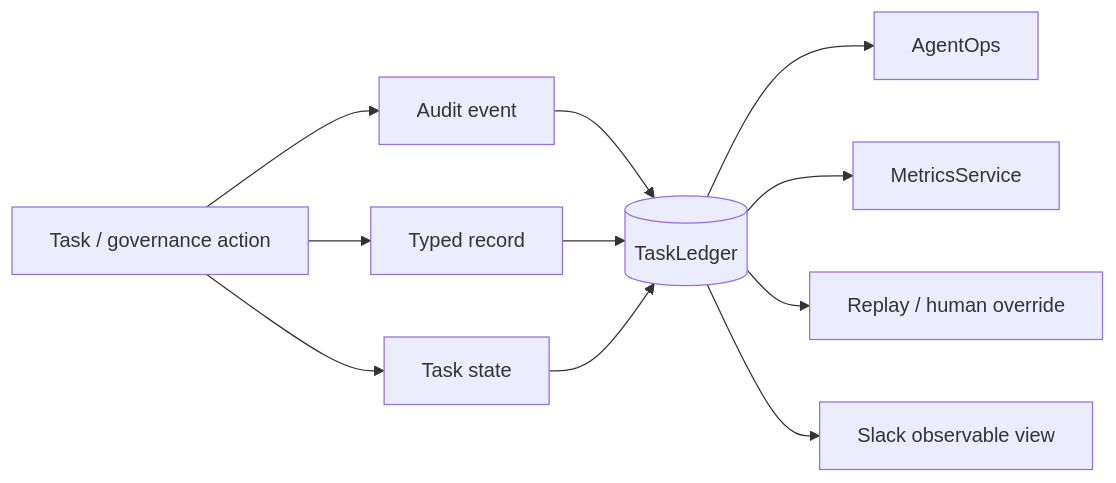
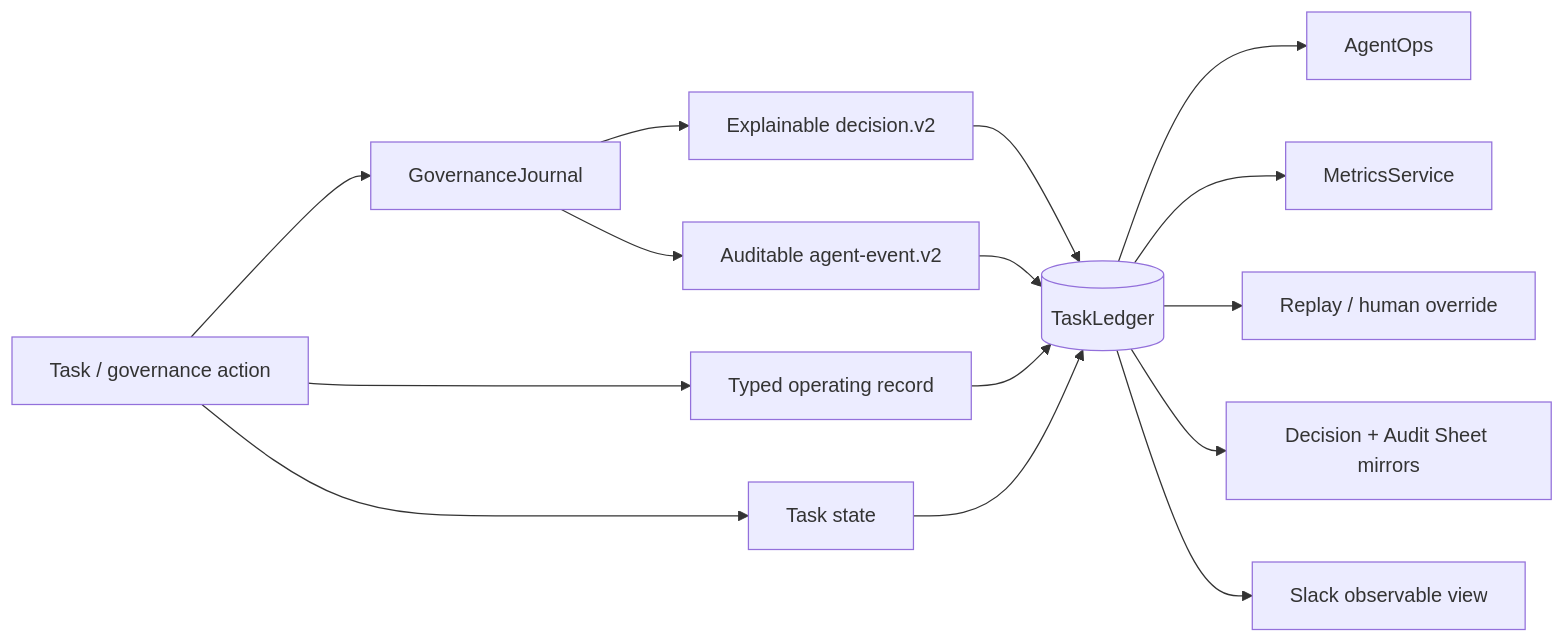
One commit to mkleinbe/mesh-ai-agent-cos-universe changed the diagram in docs/observability.md. Above: the diagram before and after it, drawn with Mermaid. The commit also changed other lines of this file, not shown here.

Commit message:
docs: document v2 decision and audit observability

````diff
--- a/docs/observability.md
+++ b/docs/observability.md
@@ -7,13 +7,17 @@
 ```mermaid
 flowchart LR
-    ACT[Task / governance action] --> EVT[Audit event]
-    ACT --> REC[Typed record]
+    ACT[Task / governance action] --> GOV[GovernanceJournal]
+    GOV --> DEC[Explainable decision.v2]
+    GOV --> EVT[Auditable agent-event.v2]
+    ACT --> REC[Typed operating record]
     ACT --> TASK[Task state]
-    EVT --> LEDGER[(TaskLedger)]
+    DEC --> LEDGER[(TaskLedger)]
+    EVT --> LEDGER
     REC --> LEDGER
     TASK --> LEDGER
     LEDGER --> OPS[AgentOps]
     LEDGER --> MET[MetricsService]
     LEDGER --> REPLAY[Replay / human override]
+    LEDGER --> MIRROR[Decision + Audit Sheet mirrors]
     LEDGER --> SLACK[Slack observable view]
 ```
````
